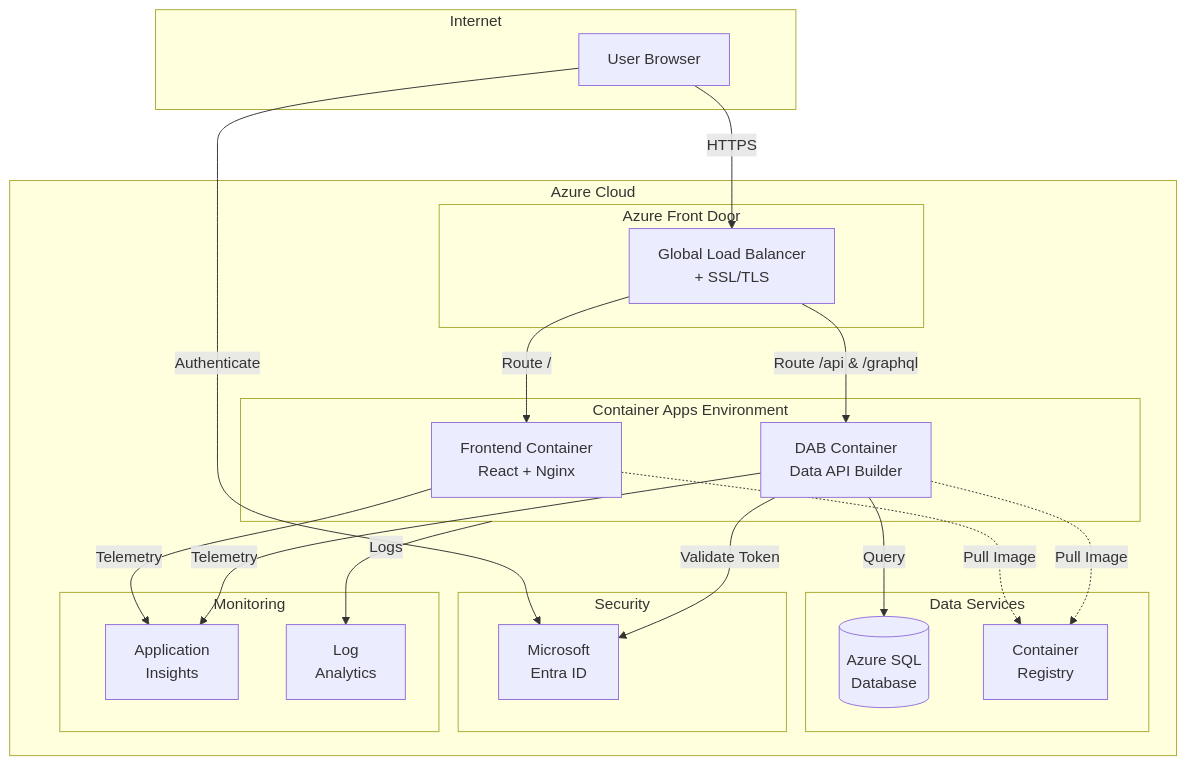
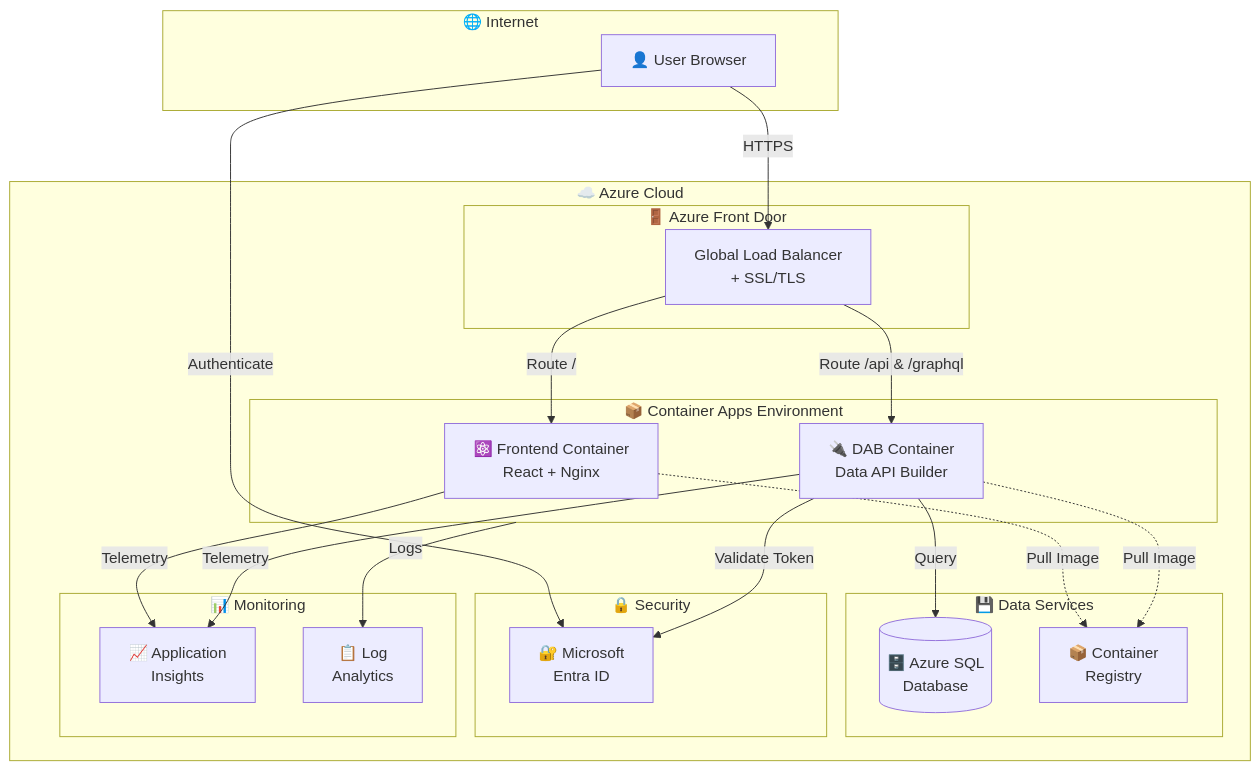
One commit to fgarofalo56/azure-dab-fullstack-demo changed the diagram in docs/index.md. Above: the diagram before and after it, drawn with Mermaid. The commit also changed other lines of this file and 12 other files, not shown here.

````diff
--- a/docs/index.md
+++ b/docs/index.md
@@ -168,43 +194,43 @@
 ```mermaid
 flowchart TB
-    subgraph Internet
-        User[User Browser]
+    subgraph Internet["🌐 Internet"]
+        User["👤 User Browser"]
     end
 
-    subgraph Azure["Azure Cloud"]
-        subgraph FrontDoor["Azure Front Door"]
-            FD[Global Load Balancer<br/>+ SSL/TLS]
+    subgraph Azure["☁️ Azure Cloud"]
+        subgraph FrontDoor["🚪 Azure Front Door"]
+            FD["Global Load Balancer<br/>+ SSL/TLS"]
         end
 
-        subgraph ContainerApps["Container Apps Environment"]
-            Frontend[Frontend Container<br/>React + Nginx]
-            DAB[DAB Container<br/>Data API Builder]
+        subgraph ContainerApps["📦 Container Apps Environment"]
+            Frontend["⚛️ Frontend Container<br/>React + Nginx"]
+            DAB["🔌 DAB Container<br/>Data API Builder"]
         end
 
-        subgraph Data["Data Services"]
-            SQL[(Azure SQL<br/>Database)]
-            ACR[Container<br/>Registry]
+        subgraph Data["💾 Data Services"]
+            SQL[("🗄️ Azure SQL<br/>Database")]
+            ACR["📦 Container<br/>Registry"]
         end
 
-        subgraph Security["Security"]
-            EntraID[Microsoft<br/>Entra ID]
+        subgraph Security["🔒 Security"]
+            EntraID["🔐 Microsoft<br/>Entra ID"]
         end
 
-        subgraph Monitoring["Monitoring"]
-            AppInsights[Application<br/>Insights]
-            LogAnalytics[Log<br/>Analytics]
+        subgraph Monitoring["📊 Monitoring"]
+            AppInsights["📈 Application<br/>Insights"]
+            LogAnalytics["📋 Log<br/>Analytics"]
         end
     end
 
     User -->|HTTPS| FD
     FD -->|Route /| Frontend
     FD -->|Route /api & /graphql| DAB
     DAB -->|Query| SQL
     Frontend -.->|Pull Image| ACR
     DAB -.->|Pull Image| ACR
     User -->|Authenticate| EntraID
     DAB -->|Validate Token| EntraID
     Frontend -->|Telemetry| AppInsights
     DAB -->|Telemetry| AppInsights
     ContainerApps -->|Logs| LogAnalytics
 ```
````
